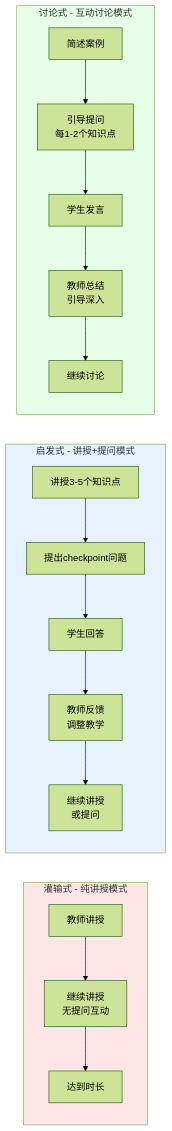
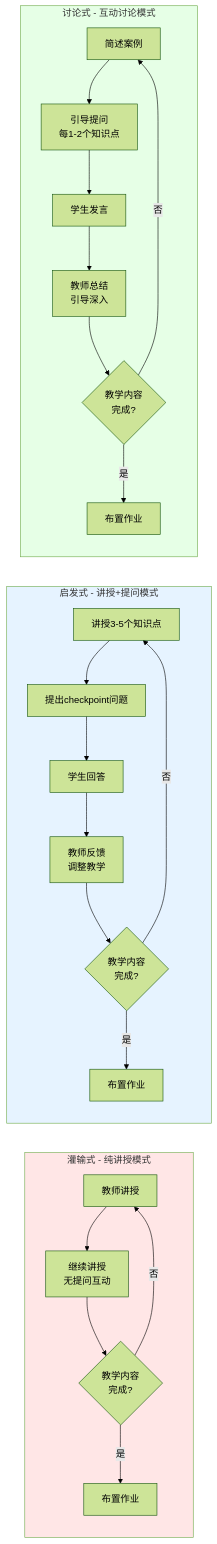
The seventh of 7 diagrams in docs/design.md (PZRvm/teaching-agent), drawn with Mermaid (forest theme) before and after one commit. The commit also changed other lines of this file and 4 other files, not shown here.

````diff
--- a/docs/design.md
+++ b/docs/design.md
@@ -1300,28 +1701,34 @@
 ```mermaid
 flowchart LR
     subgraph 灌输式[灌输式 - 纯讲授模式]
         direction TB
         D1[教师讲授] --> D2[继续讲授<br/>无提问互动]
-        D2 --> D3[达到时长]
+        D2 --> D3{教学内容<br/>完成?}
+        D3 -->|否| D1
+        D3 -->|是| D4[布置作业]
     end
-    
+
     subgraph 启发式[启发式 - 讲授+提问模式]
         direction TB
         H1[讲授3-5个知识点] --> H2[提出checkpoint问题]
         H2 --> H3[学生回答]
         H3 --> H4[教师反馈<br/>调整教学]
-        H4 --> H5[继续讲授<br/>或提问]
+        H4 --> H5{教学内容<br/>完成?}
+        H5 -->|否| H1
+        H5 -->|是| H6[布置作业]
     end
-    
+
     subgraph 讨论式[讨论式 - 互动讨论模式]
         direction TB
         Disc1[简述案例] --> Disc2[引导提问<br/>每1-2个知识点]
         Disc2 --> Disc3[学生发言]
         Disc3 --> Disc4[教师总结<br/>引导深入]
-        Disc4 --> Disc5[继续讨论]
+        Disc4 --> Disc5{教学内容<br/>完成?}
+        Disc5 -->|否| Disc1
+        Disc5 -->|是| Disc6[布置作业]
     end
-    
+
     style 灌输式 fill:#ffe6e6
     style 启发式 fill:#e6f3ff
     style 讨论式 fill:#e6ffe6
 ```
````
